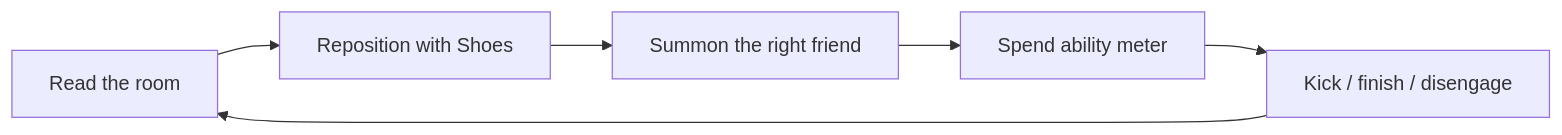
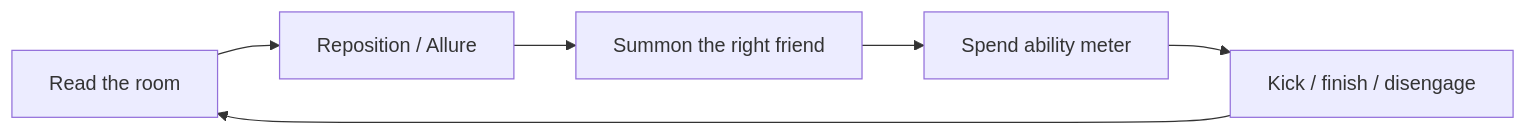
Before and after one commit to realdyl/obsidian-oz: the first of 2 diagrams in 04 Systems/Core Loop.md, drawn with Mermaid. The commit also changed other lines of this file and 2 other files, not shown here.

````diff
--- a/04 Systems/Core Loop.md
+++ b/04 Systems/Core Loop.md
@@ -17,8 +17,8 @@
 ```mermaid
 flowchart LR
-  A[Read the room] --> B[Reposition with Shoes]
+  A[Read the room] --> B[Reposition / Allure]
   B --> C[Summon the right friend]
   C --> D[Spend ability meter]
   D --> E[Kick / finish / disengage]
   E --> A
 ```
````
